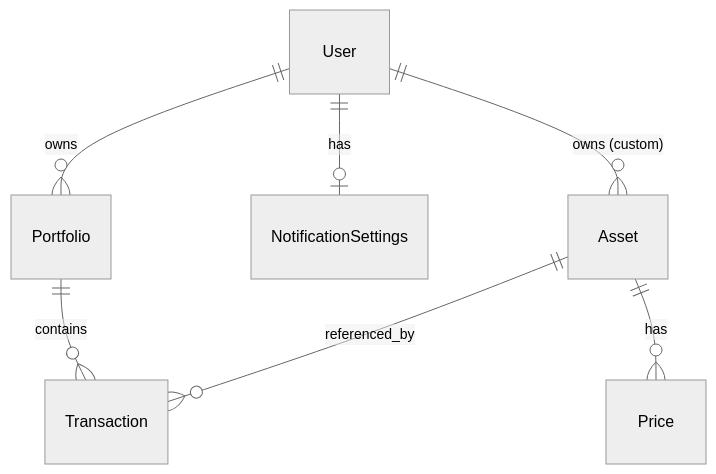
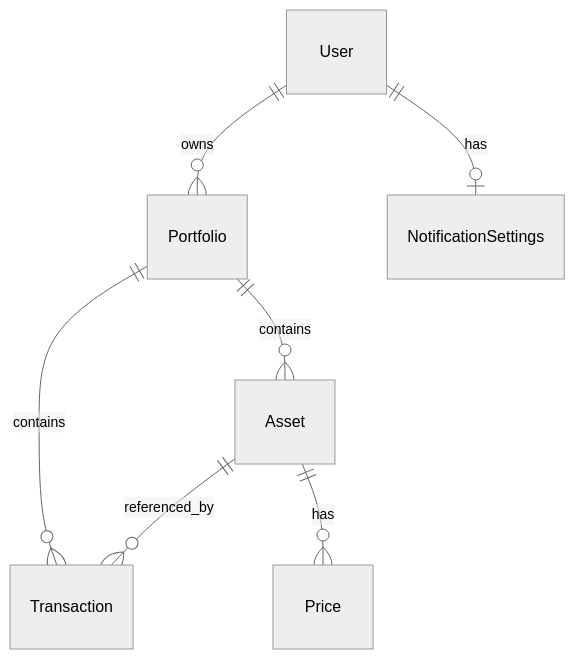
The diagram in .agent/project/info/domain_rules.md (tourbut/Alpha-Sam), drawn with Mermaid (neutral theme) before and after one commit. The commit also changed other lines of this file and 59 other files, not shown here.

````diff
--- a/.agent/project/info/domain_rules.md
+++ b/.agent/project/info/domain_rules.md
@@ -136,9 +140,9 @@
 ```mermaid
 erDiagram
     User ||--o{ Portfolio : owns
     User ||--o| NotificationSettings : has
-    User ||--o{ Asset : "owns (custom)"
+    Portfolio ||--o{ Asset : contains
     Portfolio ||--o{ Transaction : contains
     Asset ||--o{ Transaction : referenced_by
     Asset ||--o{ Price : has
 ```
````
